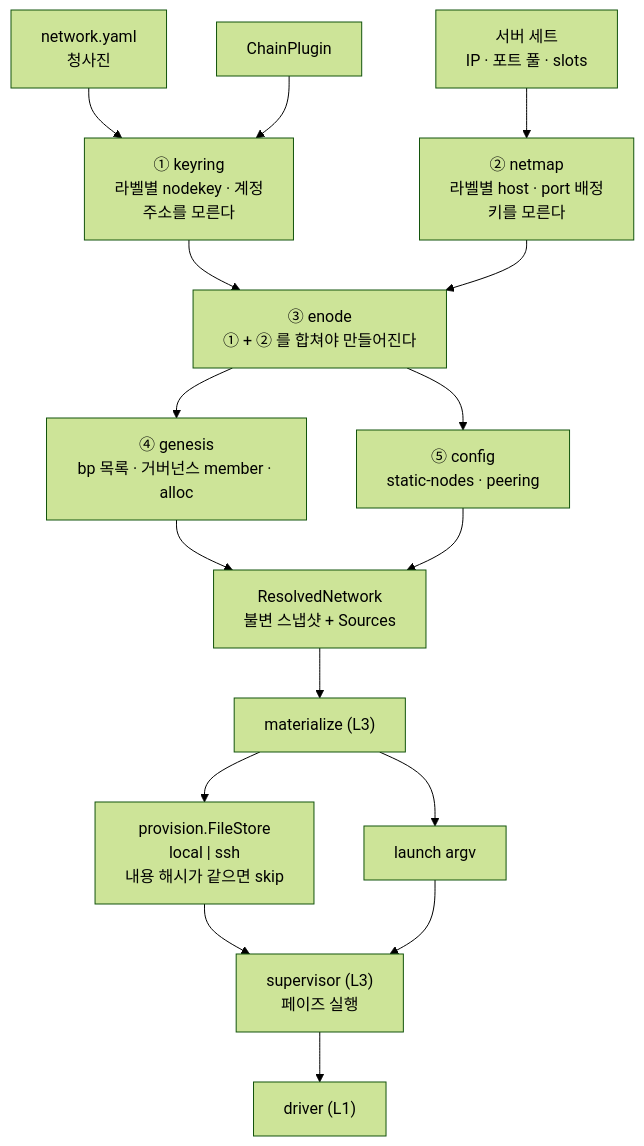
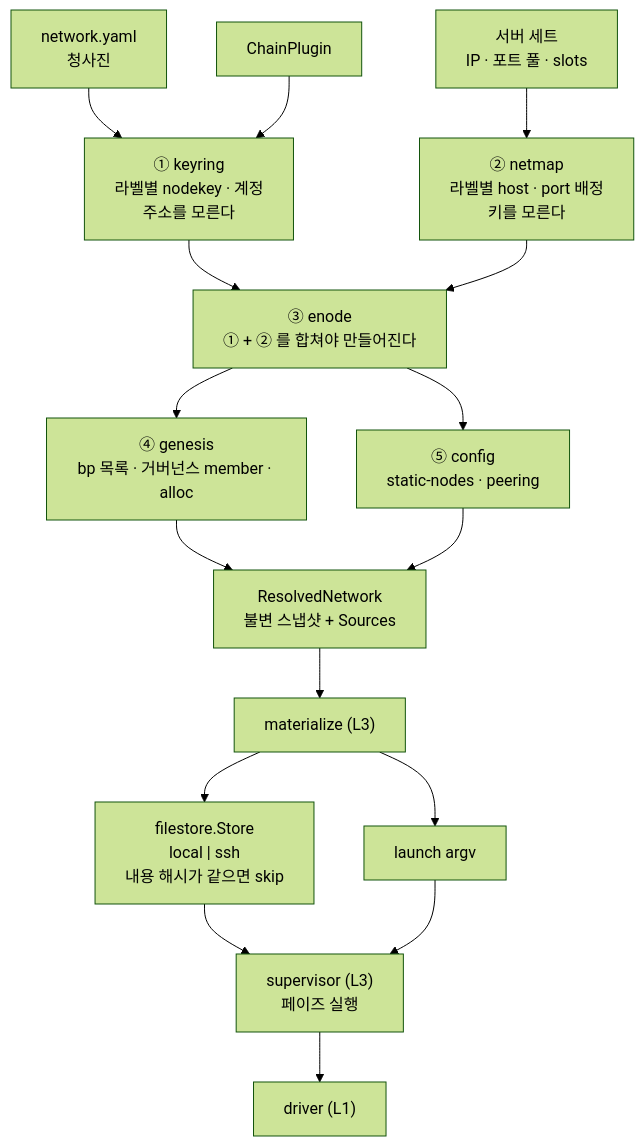
The fourth of 9 diagrams in docs/dev/architecture/target-architecture.md (0xmhha/chainbench), drawn with Mermaid (forest theme) before and after one commit. The commit also changed 114 other files, not shown here.

````diff
--- a/docs/dev/architecture/target-architecture.md
+++ b/docs/dev/architecture/target-architecture.md
@@ -100,30 +100,30 @@
 ```mermaid
 flowchart TD
     bp["network.yaml<br/>청사진"]
     inv["서버 세트<br/>IP · 포트 풀 · slots"]
     plug["ChainPlugin"]
 
     bp --> r1
     plug --> r1
     inv --> r2
 
     r1["① keyring<br/>라벨별 nodekey · 계정<br/>주소를 모른다"]
     r2["② netmap<br/>라벨별 host · port 배정<br/>키를 모른다"]
     r3["③ enode<br/>① + ② 를 합쳐야 만들어진다"]
 
     r1 --> r3
     r2 --> r3
 
     r3 --> r4["④ genesis<br/>bp 목록 · 거버넌스 member · alloc"]
     r3 --> r5["⑤ config<br/>static-nodes · peering"]
 
     r4 --> rn["ResolvedNetwork<br/>불변 스냅샷 + Sources"]
     r5 --> rn
     rn --> mat["materialize (L3)"]
 
-    mat --> sink["provision.FileStore<br/>local | ssh<br/>내용 해시가 같으면 skip"]
+    mat --> sink["filestore.Store<br/>local | ssh<br/>내용 해시가 같으면 skip"]
     mat --> argv["launch argv"]
     sink --> sup["supervisor (L3)<br/>페이즈 실행"]
     argv --> sup
     sup --> drv["driver (L1)"]
 ```
````
